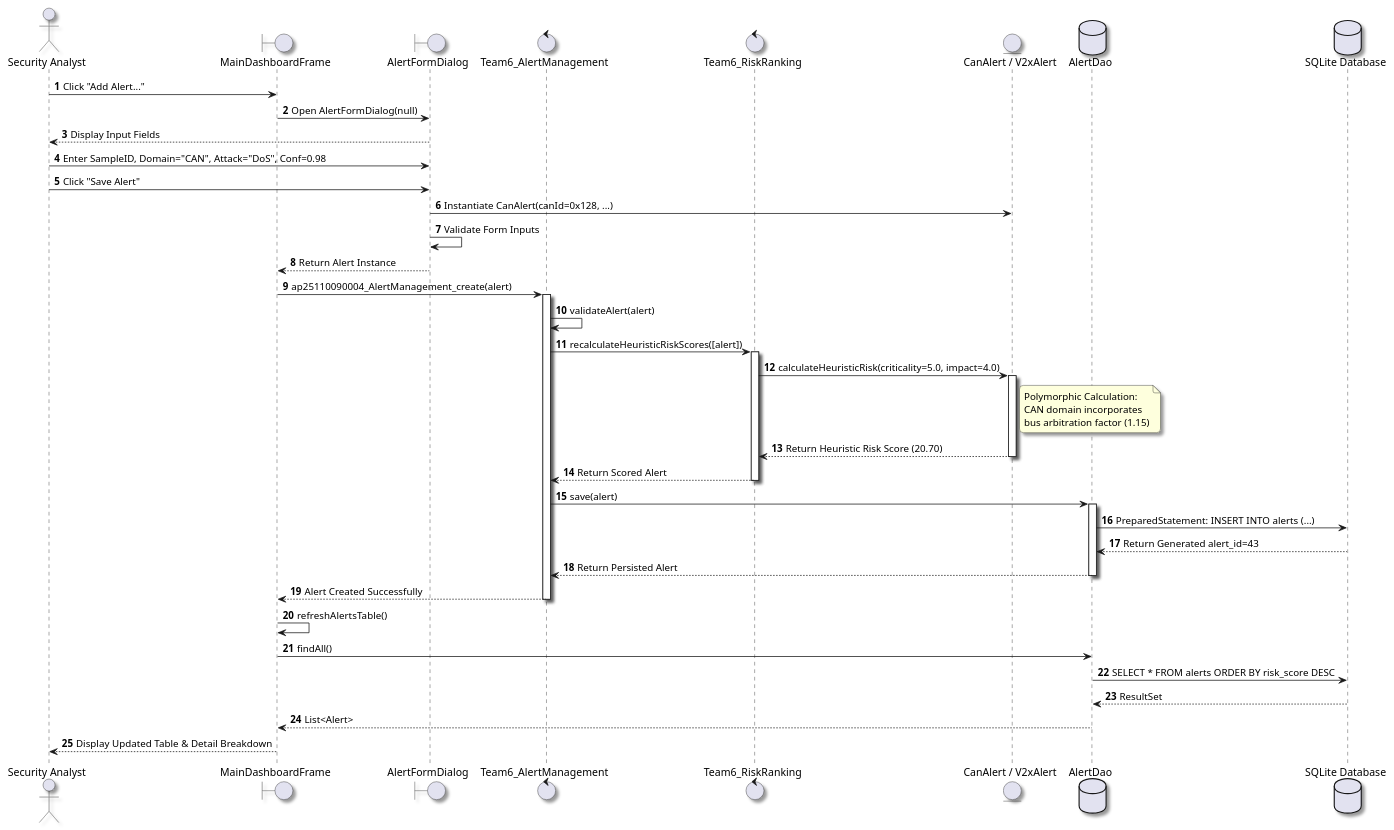
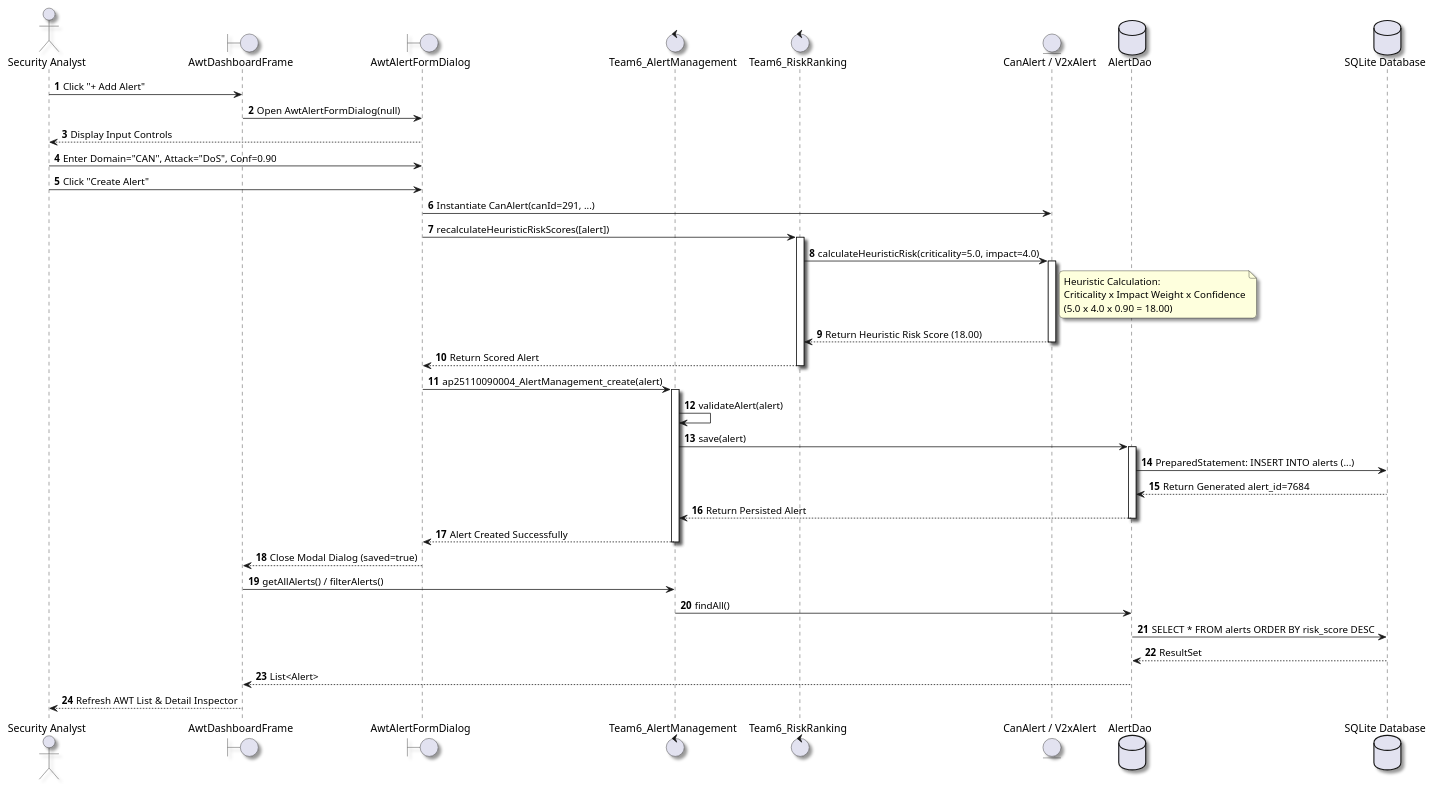
One commit to YUVRAJ-SINGH-3178/CTI-INT changed the diagram in Documentation/uml_sequence_diagram.puml. Above: the diagram before and after it, drawn with PlantUML. The commit also changed other lines of this file and 50 other files, not shown here.

Commit message:
Update Report DOCX, PPTX presentation, 20-run verification, live AWT screenshots, UML diagrams, docs, and verified Dataset results

```diff
--- a/Documentation/uml_sequence_diagram.puml
+++ b/Documentation/uml_sequence_diagram.puml
@@ -1,59 +1,56 @@
 @startuml
 autonumber
 skinparam roundcorner 10
 skinparam shadowing true
 
 actor "Security Analyst" as Analyst
-boundary "MainDashboardFrame" as UI
-boundary "AlertFormDialog" as Form
+boundary "AwtDashboardFrame" as UI
+boundary "AwtAlertFormDialog" as Form
 control "Team6_AlertManagement" as AlertService
 control "Team6_RiskRanking" as RiskService
 entity "CanAlert / V2xAlert" as Model
 database "AlertDao" as DAO
 database "SQLite Database" as DB
 
-Analyst -> UI : Click "Add Alert..."
-UI -> Form : Open AlertFormDialog(null)
-Form --> Analyst : Display Input Fields
+Analyst -> UI : Click "+ Add Alert"
+UI -> Form : Open AwtAlertFormDialog(null)
+Form --> Analyst : Display Input Controls
 
-Analyst -> Form : Enter SampleID, Domain="CAN", Attack="DoS", Conf=0.98
-Analyst -> Form : Click "Save Alert"
-Form -> Model : Instantiate CanAlert(canId=0x128, ...)
-Form -> Form : Validate Form Inputs
-Form --> UI : Return Alert Instance
-
-UI -> AlertService : ap25110090004_AlertManagement_create(alert)
-activate AlertService
-AlertService -> AlertService : validateAlert(alert)
-AlertService -> RiskService : recalculateHeuristicRiskScores([alert])
+Analyst -> Form : Enter Domain="CAN", Attack="DoS", Conf=0.90
+Analyst -> Form : Click "Create Alert"
+Form -> Model : Instantiate CanAlert(canId=291, ...)
+Form -> RiskService : recalculateHeuristicRiskScores([alert])
 activate RiskService
 RiskService -> Model : calculateHeuristicRisk(criticality=5.0, impact=4.0)
 activate Model
 note right of Model
-  Polymorphic Calculation:
-  CAN domain incorporates
-  bus arbitration factor (1.15)
+  Heuristic Calculation:
+  Criticality x Impact Weight x Confidence
+  (5.0 x 4.0 x 0.90 = 18.00)
 end note
-Model --> RiskService : Return Heuristic Risk Score (20.70)
+Model --> RiskService : Return Heuristic Risk Score (18.00)
 deactivate Model
-RiskService --> AlertService : Return Scored Alert
+RiskService --> Form : Return Scored Alert
 deactivate RiskService
 
+Form -> AlertService : ap25110090004_AlertManagement_create(alert)
+activate AlertService
+AlertService -> AlertService : validateAlert(alert)
 AlertService -> DAO : save(alert)
 activate DAO
 DAO -> DB : PreparedStatement: INSERT INTO alerts (...)
-DB --> DAO : Return Generated alert_id=43
+DB --> DAO : Return Generated alert_id=7684
 DAO --> AlertService : Return Persisted Alert
 deactivate DAO
-
-AlertService --> UI : Alert Created Successfully
+AlertService --> Form : Alert Created Successfully
 deactivate AlertService
 
-UI -> UI : refreshAlertsTable()
-UI -> DAO : findAll()
+Form --> UI : Close Modal Dialog (saved=true)
+UI -> AlertService : getAllAlerts() / filterAlerts()
+AlertService -> DAO : findAll()
 DAO -> DB : SELECT * FROM alerts ORDER BY risk_score DESC
 DB --> DAO : ResultSet
 DAO --> UI : List<Alert>
-UI --> Analyst : Display Updated Table & Detail Breakdown
+UI --> Analyst : Refresh AWT List & Detail Inspector
 
 @enduml
```
